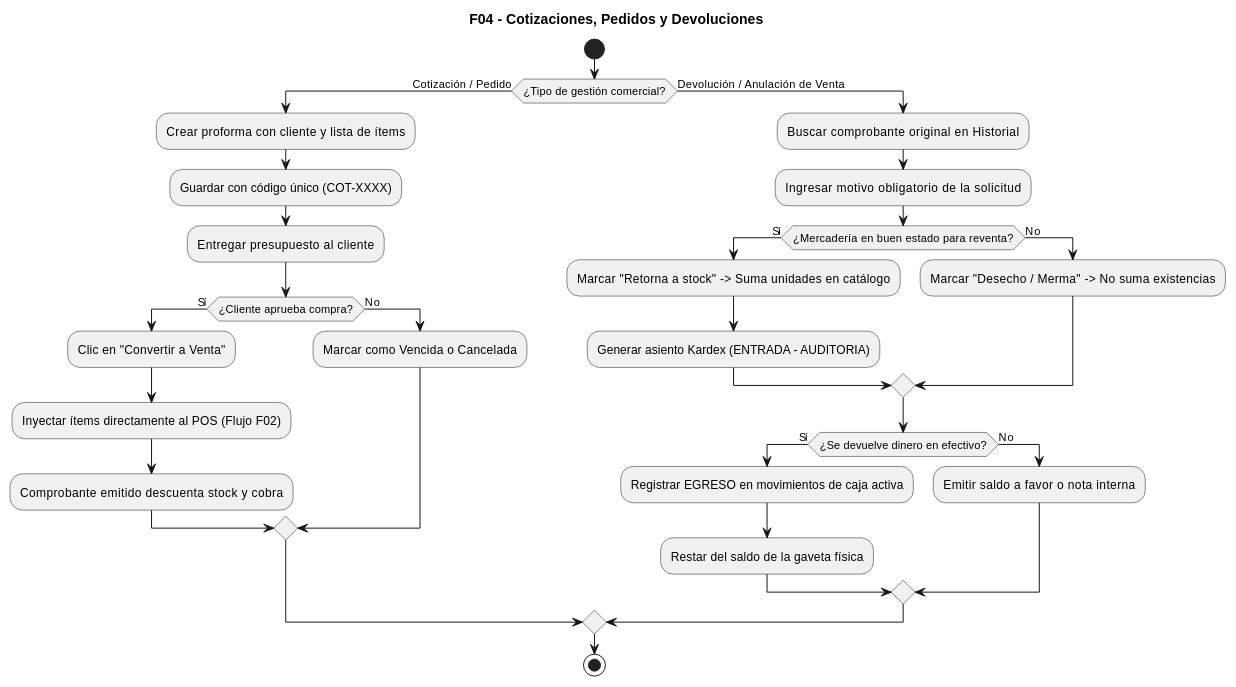
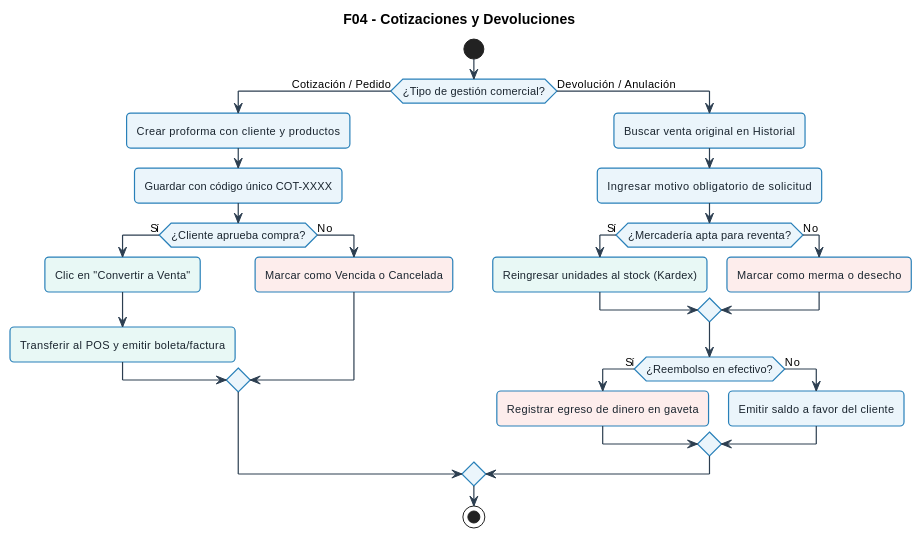
One commit to xmenil/ERP-KIPUS changed the fourth of 11 diagrams in docs/UML-flujos/flujos-consolidados-kipu.md. Above: the diagram before and after it, drawn with PlantUML. The commit also changed other lines of this file and 23 other files, not shown here.

Commit message:
docs(uml): simplificar flujos con estilo Bizagi BPMN coloreado y regenerar imagenes PNG

````diff
--- a/docs/UML-flujos/flujos-consolidados-kipu.md
+++ b/docs/UML-flujos/flujos-consolidados-kipu.md
@@ -289,38 +237,57 @@
 ```plantuml
 @startuml
-skinparam monochrome true
+skinparam defaultFontName "Segoe UI", Arial, sans-serif
+skinparam defaultFontSize 11
+skinparam roundCorner 8
 skinparam shadowing false
+skinparam ArrowColor #2C3E50
+skinparam ArrowThickness 1.2
 
-title F04 - Cotizaciones, Pedidos y Devoluciones
+skinparam activity {
+  BackgroundColor #EBF5FB
+  BorderColor #2980B9
+  BorderThickness 1.2
+  FontColor #1A252F
+}
+skinparam decision {
+  BackgroundColor #FEF9E7
+  BorderColor #F39C12
+  BorderThickness 1.2
+  FontColor #7D6608
+}
+skinparam start {
+  Color #27AE60
+}
+skinparam stop {
+  Color #C0392B
+}
+
+title F04 - Cotizaciones y Devoluciones
 
 start
 if (¿Tipo de gestión comercial?) then (Cotización / Pedido)
-  :Crear proforma con cliente y lista de ítems;
-  :Guardar con código único (COT-XXXX);
-  :Entregar presupuesto al cliente;
+  :Crear proforma con cliente y productos;
+  :Guardar con código único COT-XXXX;
   if (¿Cliente aprueba compra?) then (Sí)
-    :Clic en "Convertir a Venta";
-    :Inyectar ítems directamente al POS (Flujo F02);
-    :Comprobante emitido descuenta stock y cobra;
+    #E8F8F5:Clic en "Convertir a Venta";
+    #E8F8F5:Transferir al POS y emitir boleta/factura;
   else (No)
-    :Marcar como Vencida o Cancelada;
+    #FDEDEC:Marcar como Vencida o Cancelada;
   endif
-else (Devolución / Anulación de Venta)
-  :Buscar comprobante original en Historial;
-  :Ingresar motivo obligatorio de la solicitud;
-  if (¿Mercadería en buen estado para reventa?) then (Sí)
-    :Marcar "Retorna a stock" -> Suma unidades en catálogo;
-    :Generar asiento Kardex (ENTRADA - AUDITORIA);
+else (Devolución / Anulación)
+  :Buscar venta original en Historial;
+  :Ingresar motivo obligatorio de solicitud;
+  if (¿Mercadería apta para reventa?) then (Sí)
+    #E8F8F5:Reingresar unidades al stock (Kardex);
   else (No)
-    :Marcar "Desecho / Merma" -> No suma existencias;
+    #FDEDEC:Marcar como merma o desecho;
   endif
-  if (¿Se devuelve dinero en efectivo?) then (Sí)
-    :Registrar EGRESO en movimientos de caja activa;
-    :Restar del saldo de la gaveta física;
+  if (¿Reembolso en efectivo?) then (Sí)
+    #FDEDEC:Registrar egreso de dinero en gaveta;
   else (No)
-    :Emitir saldo a favor o nota interna;
+    #EBF5FB:Emitir saldo a favor del cliente;
   endif
 endif
 stop
 @enduml
 ```
````
